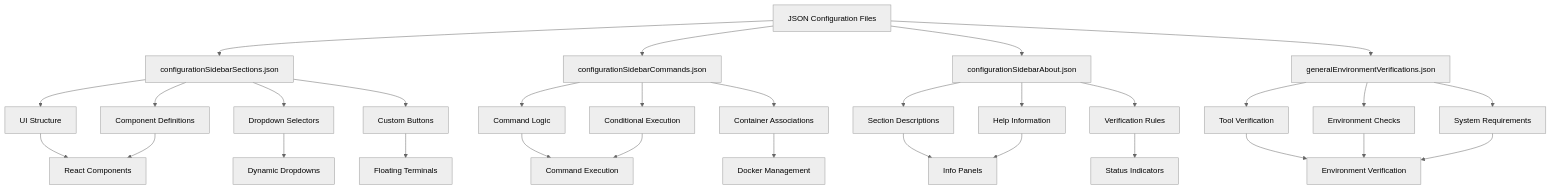
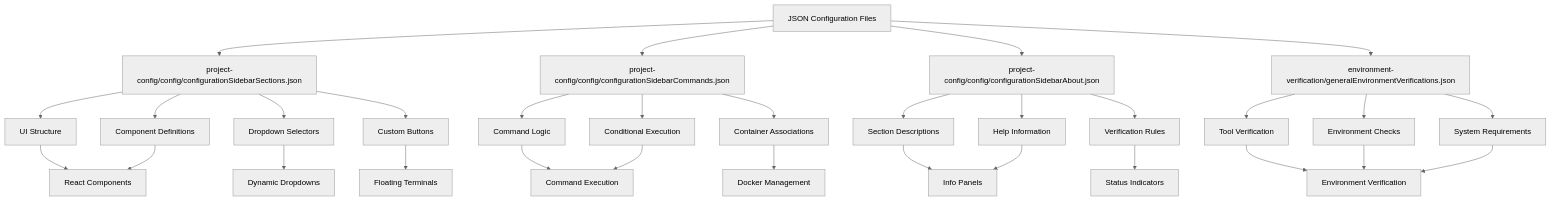
One commit to sagy101/ProjectName-Manager changed diagram 13 of 15 in docs/architecture.md. Above: the diagram before and after it, drawn with Mermaid (neutral theme). The commit also changed other lines of this file and 12 other files, not shown here.

````diff
--- a/docs/architecture.md
+++ b/docs/architecture.md
@@ -768,38 +782,38 @@
 ```mermaid
 graph TD
-    A[JSON Configuration Files] --> B[configurationSidebarSections.json]
-    A --> C[configurationSidebarCommands.json] 
-    A --> D[configurationSidebarAbout.json]
-    A --> E[generalEnvironmentVerifications.json]
+    A[JSON Configuration Files] --> B[project-config/config/configurationSidebarSections.json]
+    A --> C[project-config/config/configurationSidebarCommands.json] 
+    A --> D[project-config/config/configurationSidebarAbout.json]
+    A --> E[environment-verification/generalEnvironmentVerifications.json]
     
     B --> F[UI Structure]
     B --> G[Component Definitions]
     B --> H[Dropdown Selectors]
     B --> I[Custom Buttons]
     
     C --> J[Command Logic]
     C --> K[Conditional Execution]
     C --> L[Container Associations]
     
     D --> M[Section Descriptions]
     D --> N[Verification Rules]
     D --> O[Help Information]
     
     E --> P[Tool Verification]
     E --> Q[Environment Checks]
     E --> R[System Requirements]
     
     F --> S[React Components]
     G --> S
     H --> T[Dynamic Dropdowns]
     I --> U[Floating Terminals]
     J --> V[Command Execution]
     K --> V
     L --> W[Docker Management]
     M --> X[Info Panels]
     N --> Y[Status Indicators]
     O --> X
     P --> Z[Environment Verification]
     Q --> Z
     R --> Z
 ```
````
